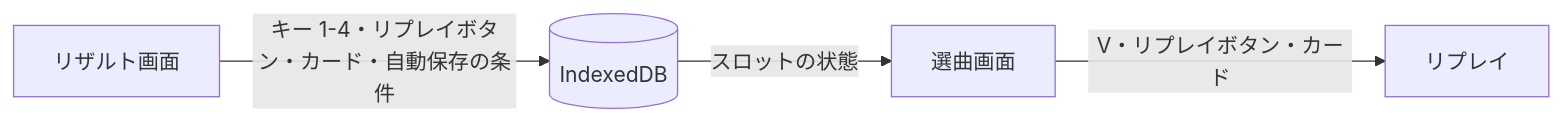
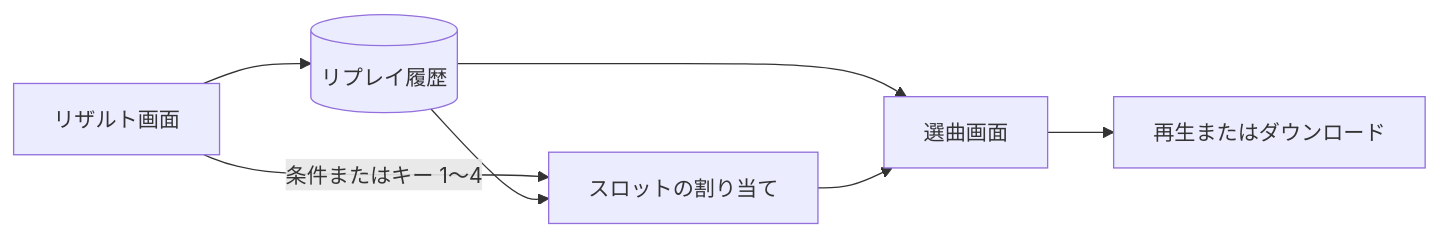
Before and after one commit to nulltask/be-music: the first of 6 diagrams in docs/replay.ja.md, drawn with Mermaid. The commit also changed other lines of this file and 35 other files, not shown here.

Commit message:
feat(app-play): keep replay history and select replays for slots

````diff
--- a/docs/replay.ja.md
+++ b/docs/replay.ja.md
@@ -267,6 +267,9 @@
 ```mermaid
 flowchart LR
-  result[リザルト画面] -->|"キー 1-4・リプレイボタン・カード・自動保存の条件"| store[(IndexedDB)]
-  store -->|"スロットの状態"| select[選曲画面]
-  select -->|"V・リプレイボタン・カード"| replay[リプレイ]
+  result[リザルト画面] --> history[(リプレイ履歴)]
+  result -->|"条件またはキー 1〜4"| slots[スロットの割り当て]
+  history --> slots
+  history --> select[選曲画面]
+  slots --> select
+  select --> replay[再生またはダウンロード]
 ```
````
